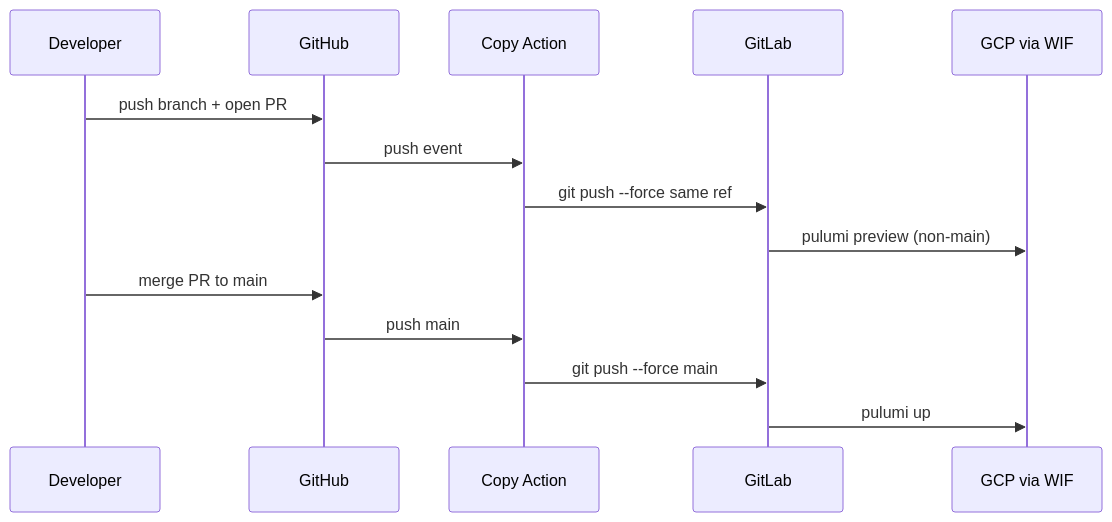
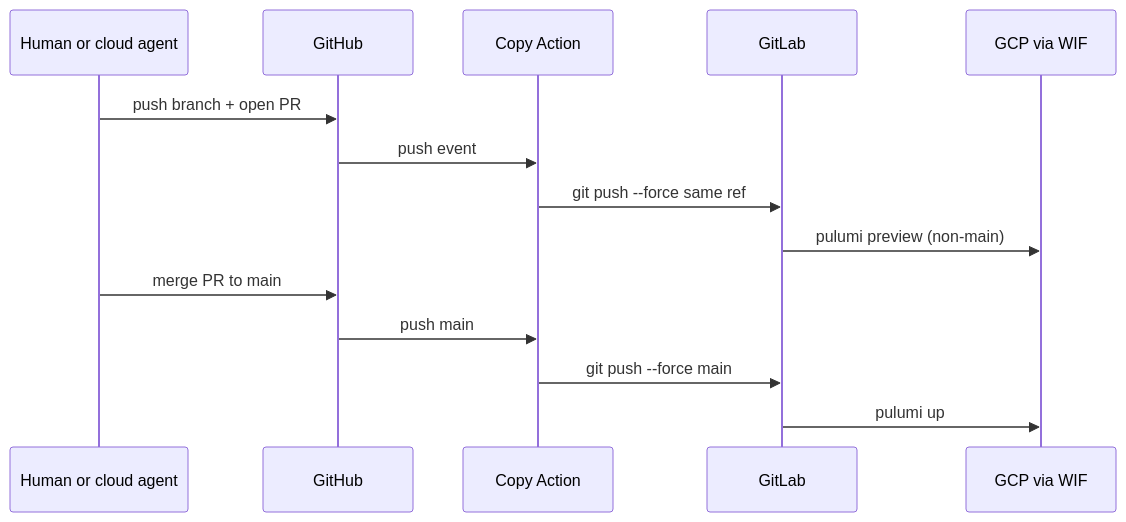
One commit to michaelsolla/pulumi-cloud-solla-resume changed the second of 3 diagrams in docs/FORGES.md. Above: the diagram before and after it, drawn with Mermaid. The commit also changed other lines of this file and 5 other files, not shown here.

First line of the commit message:
docs: show humans and cloud agents as first-class on the diagrams

````diff
--- a/docs/FORGES.md
+++ b/docs/FORGES.md
@@ -56,17 +58,17 @@
 ```mermaid
 sequenceDiagram
-  participant Dev as Developer
+  participant Dev as Human or cloud agent
   participant GH as GitHub
   participant GHA as Copy Action
   participant GL as GitLab
   participant GCP as GCP via WIF
 
   Dev->>GH: push branch + open PR
   GH->>GHA: push event
   GHA->>GL: git push --force same ref
   GL->>GCP: pulumi preview (non-main)
   Dev->>GH: merge PR to main
   GH->>GHA: push main
   GHA->>GL: git push --force main
   GL->>GCP: pulumi up
 ```
````
